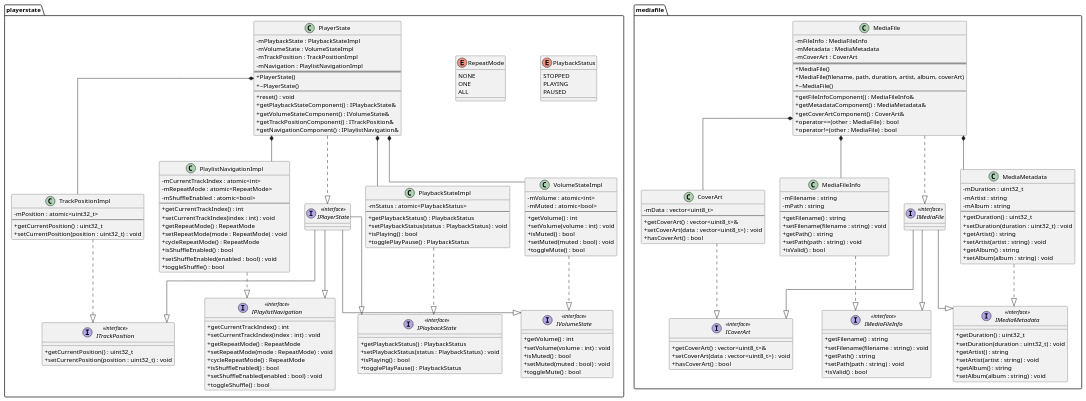
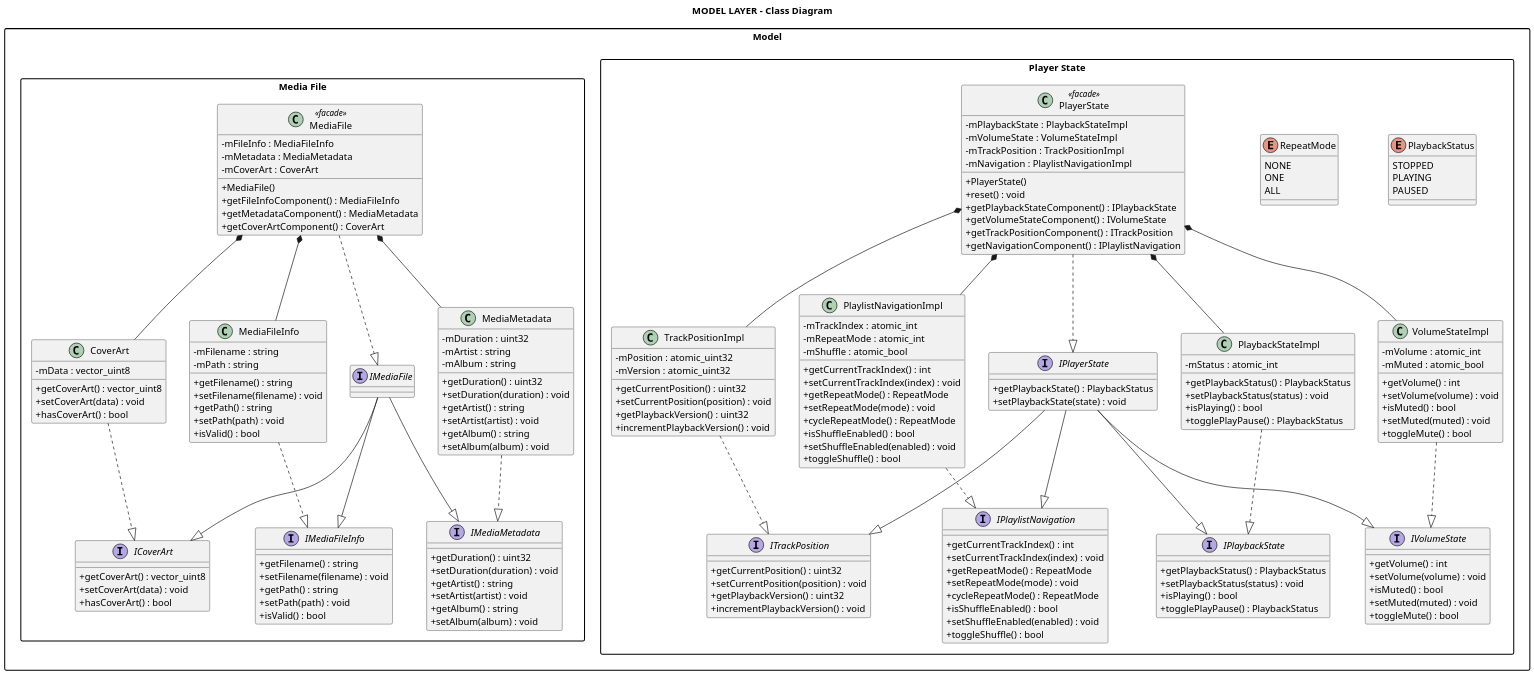
One commit to quan27092002-ctrl/MusicPlayer changed the diagram in uml/lowlevel/class_diagram_model.puml. Above: the diagram before and after it, drawn with PlantUML. The commit also changed 3 other files, not shown here.

```diff
--- a/uml/lowlevel/class_diagram_model.puml
+++ b/uml/lowlevel/class_diagram_model.puml
@@ -1,227 +1,206 @@
 @startuml class_diagram_model
-' ============================================================================
-' S32K_MediaPlayer - Model Layer Class Diagram
-' ============================================================================
 skinparam classAttributeIconSize 0
-skinparam linetype ortho
-skinparam groupInheritance 2
+skinparam dpi 150
+skinparam packageStyle rectangle
 
-' ============================================================================
-' PACKAGE: PlayerState
-' ============================================================================
-package "playerstate" {
-    ' ---- Enums ----
+title MODEL LAYER - Class Diagram
+
+package "Model" {
+    package "Player State" {
     enum PlaybackStatus {
         STOPPED
         PLAYING
         PAUSED
     }
-
+    
     enum RepeatMode {
         NONE
         ONE
         ALL
     }
-
-    ' ---- Interfaces ----
-    interface IPlaybackState <<interface>> {
+    
+    interface IPlaybackState {
         +getPlaybackStatus() : PlaybackStatus
-        +setPlaybackStatus(status : PlaybackStatus) : void
+        +setPlaybackStatus(status) : void
         +isPlaying() : bool
         +togglePlayPause() : PlaybackStatus
     }
-
-    interface IVolumeState <<interface>> {
+    
+    interface IVolumeState {
         +getVolume() : int
-        +setVolume(volume : int) : void
+        +setVolume(volume) : void
         +isMuted() : bool
-        +setMuted(muted : bool) : void
+        +setMuted(muted) : void
         +toggleMute() : bool
     }
-
-    interface ITrackPosition <<interface>> {
-        +getCurrentPosition() : uint32_t
-        +setCurrentPosition(position : uint32_t) : void
+    
+    interface ITrackPosition {
+        +getCurrentPosition() : uint32
+        +setCurrentPosition(position) : void
+        +getPlaybackVersion() : uint32
+        +incrementPlaybackVersion() : void
     }
-
-    interface IPlaylistNavigation <<interface>> {
+    
+    interface IPlaylistNavigation {
         +getCurrentTrackIndex() : int
-        +setCurrentTrackIndex(index : int) : void
+        +setCurrentTrackIndex(index) : void
         +getRepeatMode() : RepeatMode
-        +setRepeatMode(mode : RepeatMode) : void
+        +setRepeatMode(mode) : void
         +cycleRepeatMode() : RepeatMode
         +isShuffleEnabled() : bool
-        +setShuffleEnabled(enabled : bool) : void
+        +setShuffleEnabled(enabled) : void
         +toggleShuffle() : bool
     }
-
-    ' ---- Aggregate Interface ----
-    interface IPlayerState <<interface>>
+    
+    interface IPlayerState {
+        +getPlaybackState() : PlaybackStatus
+        +setPlaybackState(state) : void
+    }
+    
+    class PlaybackStateImpl {
+        -mStatus : atomic_int
+        +getPlaybackStatus() : PlaybackStatus
+        +setPlaybackStatus(status) : void
+        +isPlaying() : bool
+        +togglePlayPause() : PlaybackStatus
+    }
+    
+    class VolumeStateImpl {
+        -mVolume : atomic_int
+        -mMuted : atomic_bool
+        +getVolume() : int
+        +setVolume(volume) : void
+        +isMuted() : bool
+        +setMuted(muted) : void
+        +toggleMute() : bool
+    }
+    
+    class TrackPositionImpl {
+        -mPosition : atomic_uint32
+        -mVersion : atomic_uint32
+        +getCurrentPosition() : uint32
+        +setCurrentPosition(position) : void
+        +getPlaybackVersion() : uint32
+        +incrementPlaybackVersion() : void
+    }
+    
+    class PlaylistNavigationImpl {
+        -mTrackIndex : atomic_int
+        -mRepeatMode : atomic_int
+        -mShuffle : atomic_bool
+        +getCurrentTrackIndex() : int
+        +setCurrentTrackIndex(index) : void
+        +getRepeatMode() : RepeatMode
+        +setRepeatMode(mode) : void
+        +cycleRepeatMode() : RepeatMode
+        +isShuffleEnabled() : bool
+        +setShuffleEnabled(enabled) : void
+        +toggleShuffle() : bool
+    }
+    
+    class PlayerState <<facade>> {
+        -mPlaybackState : PlaybackStateImpl
+        -mVolumeState : VolumeStateImpl
+        -mTrackPosition : TrackPositionImpl
+        -mNavigation : PlaylistNavigationImpl
+        +PlayerState()
+        +reset() : void
+        +getPlaybackStateComponent() : IPlaybackState
+        +getVolumeStateComponent() : IVolumeState
+        +getTrackPositionComponent() : ITrackPosition
+        +getNavigationComponent() : IPlaylistNavigation
+    }
+    }
+    package "Media File" {
+    interface IMediaFileInfo {
+        +getFilename() : string
+        +setFilename(filename) : void
+        +getPath() : string
+        +setPath(path) : void
+        +isValid() : bool
+    }
+    
+    interface IMediaMetadata {
+        +getDuration() : uint32
+        +setDuration(duration) : void
+        +getArtist() : string
+        +setArtist(artist) : void
+        +getAlbum() : string
+        +setAlbum(album) : void
+    }
+    
+    interface ICoverArt {
+        +getCoverArt() : vector_uint8
+        +setCoverArt(data) : void
+        +hasCoverArt() : bool
+    }
+    
+    interface IMediaFile {
+    }
+    
+    class MediaFileInfo {
+        -mFilename : string
+        -mPath : string
+        +getFilename() : string
+        +setFilename(filename) : void
+        +getPath() : string
+        +setPath(path) : void
+        +isValid() : bool
+    }
+    
+    class MediaMetadata {
+        -mDuration : uint32
+        -mArtist : string
+        -mAlbum : string
+        +getDuration() : uint32
+        +setDuration(duration) : void
+        +getArtist() : string
+        +setArtist(artist) : void
+        +getAlbum() : string
+        +setAlbum(album) : void
+    }
+    
+    class CoverArt {
+        -mData : vector_uint8
+        +getCoverArt() : vector_uint8
+        +setCoverArt(data) : void
+        +hasCoverArt() : bool
+    }
+    
+    class MediaFile <<facade>> {
+        -mFileInfo : MediaFileInfo
+        -mMetadata : MediaMetadata
+        -mCoverArt : CoverArt
+        +MediaFile()
+        +getFileInfoComponent() : MediaFileInfo
+        +getMetadataComponent() : MediaMetadata
+        +getCoverArtComponent() : CoverArt
+    }
+    }
     IPlayerState --|> IPlaybackState
     IPlayerState --|> IVolumeState
     IPlayerState --|> ITrackPosition
     IPlayerState --|> IPlaylistNavigation
-
-    ' ---- Implementation Classes ----
-    class PlaybackStateImpl {
-        -mStatus : atomic<PlaybackStatus>
-        --
-        +getPlaybackStatus() : PlaybackStatus
-        +setPlaybackStatus(status : PlaybackStatus) : void
-        +isPlaying() : bool
-        +togglePlayPause() : PlaybackStatus
-    }
-
-    class VolumeStateImpl {
-        -mVolume : atomic<int>
-        -mMuted : atomic<bool>
-        --
-        +getVolume() : int
-        +setVolume(volume : int) : void
-        +isMuted() : bool
-        +setMuted(muted : bool) : void
-        +toggleMute() : bool
-    }
-
-    class TrackPositionImpl {
-        -mPosition : atomic<uint32_t>
-        --
-        +getCurrentPosition() : uint32_t
-        +setCurrentPosition(position : uint32_t) : void
-    }
-
-    class PlaylistNavigationImpl {
-        -mCurrentTrackIndex : atomic<int>
-        -mRepeatMode : atomic<RepeatMode>
-        -mShuffleEnabled : atomic<bool>
-        --
-        +getCurrentTrackIndex() : int
-        +setCurrentTrackIndex(index : int) : void
-        +getRepeatMode() : RepeatMode
-        +setRepeatMode(mode : RepeatMode) : void
-        +cycleRepeatMode() : RepeatMode
-        +isShuffleEnabled() : bool
-        +setShuffleEnabled(enabled : bool) : void
-        +toggleShuffle() : bool
-    }
-
+    
     PlaybackStateImpl ..|> IPlaybackState
     VolumeStateImpl ..|> IVolumeState
     TrackPositionImpl ..|> ITrackPosition
     PlaylistNavigationImpl ..|> IPlaylistNavigation
-
-    ' ---- Main Facade ----
-    class PlayerState {
-        -mPlaybackState : PlaybackStateImpl
-        -mVolumeState : VolumeStateImpl
-        -mTrackPosition : TrackPositionImpl
-        -mNavigation : PlaylistNavigationImpl
-        ==
-        +PlayerState()
-        +~PlayerState()
-        --
-        +reset() : void
-        +getPlaybackStateComponent() : IPlaybackState&
-        +getVolumeStateComponent() : IVolumeState&
-        +getTrackPositionComponent() : ITrackPosition&
-        +getNavigationComponent() : IPlaylistNavigation&
-    }
-
+    
     PlayerState ..|> IPlayerState
     PlayerState *-- PlaybackStateImpl
     PlayerState *-- VolumeStateImpl
     PlayerState *-- TrackPositionImpl
     PlayerState *-- PlaylistNavigationImpl
-}
-
-' ============================================================================
-' PACKAGE: MediaFile
-' ============================================================================
-package "mediafile" {
-    ' ---- Interfaces ----
-    interface IMediaFileInfo <<interface>> {
-        +getFilename() : string
-        +setFilename(filename : string) : void
-        +getPath() : string
-        +setPath(path : string) : void
-        +isValid() : bool
-    }
-
-    interface IMediaMetadata <<interface>> {
-        +getDuration() : uint32_t
-        +setDuration(duration : uint32_t) : void
-        +getArtist() : string
-        +setArtist(artist : string) : void
-        +getAlbum() : string
-        +setAlbum(album : string) : void
-    }
-
-    interface ICoverArt <<interface>> {
-        +getCoverArt() : vector<uint8_t>&
-        +setCoverArt(data : vector<uint8_t>) : void
-        +hasCoverArt() : bool
-    }
-
-    ' ---- Aggregate Interface ----
-    interface IMediaFile <<interface>>
+    
     IMediaFile --|> IMediaFileInfo
     IMediaFile --|> IMediaMetadata
     IMediaFile --|> ICoverArt
-
-    ' ---- Implementation Classes ----
-    class MediaFileInfo {
-        -mFilename : string
-        -mPath : string
-        --
-        +getFilename() : string
-        +setFilename(filename : string) : void
-        +getPath() : string
-        +setPath(path : string) : void
-        +isValid() : bool
-    }
-
-    class MediaMetadata {
-        -mDuration : uint32_t
-        -mArtist : string
-        -mAlbum : string
-        --
-        +getDuration() : uint32_t
-        +setDuration(duration : uint32_t) : void
-        +getArtist() : string
-        +setArtist(artist : string) : void
-        +getAlbum() : string
-        +setAlbum(album : string) : void
-    }
-
-    class CoverArt {
-        -mData : vector<uint8_t>
-        --
-        +getCoverArt() : vector<uint8_t>&
-        +setCoverArt(data : vector<uint8_t>) : void
-        +hasCoverArt() : bool
-    }
-
+    
     MediaFileInfo ..|> IMediaFileInfo
     MediaMetadata ..|> IMediaMetadata
     CoverArt ..|> ICoverArt
-
-    ' ---- Main Facade ----
-    class MediaFile {
-        -mFileInfo : MediaFileInfo
-        -mMetadata : MediaMetadata
-        -mCoverArt : CoverArt
-        ==
-        +MediaFile()
-        +MediaFile(filename, path, duration, artist, album, coverArt)
-        +~MediaFile()
-        --
-        +getFileInfoComponent() : MediaFileInfo&
-        +getMetadataComponent() : MediaMetadata&
-        +getCoverArtComponent() : CoverArt&
-        +operator==(other : MediaFile) : bool
-        +operator!=(other : MediaFile) : bool
-    }
-
+    
     MediaFile ..|> IMediaFile
     MediaFile *-- MediaFileInfo
     MediaFile *-- MediaMetadata
```
